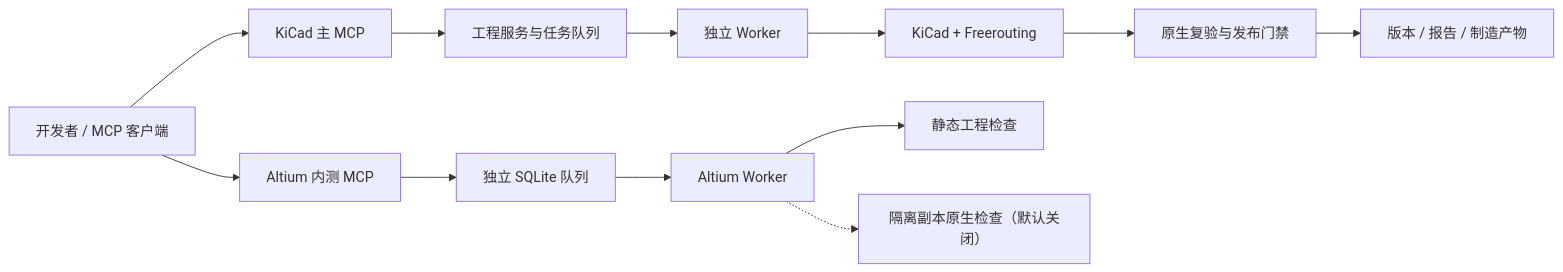
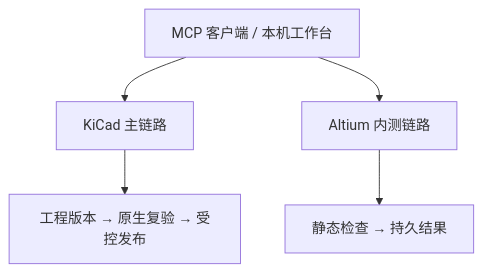
The diagram in README.md (chenzehaoo/pcb-weaver), drawn with Mermaid before and after one commit. The commit also changed other lines of this file and 1 other file, not shown here.

Commit message:
docs: streamline README and architecture layout

````diff
--- a/README.md
+++ b/README.md
@@ -16,14 +17,8 @@
 ```mermaid
-flowchart LR
-    Client["开发者 / MCP 客户端"] --> KMCP["KiCad 主 MCP"]
-    Client --> AMCP["Altium 内测 MCP"]
-    KMCP --> KService["工程服务与任务队列"]
-    KService --> KWorker["独立 Worker"]
-    KWorker --> Tools["KiCad + Freerouting"]
-    Tools --> Gate["原生复验与发布门禁"]
-    Gate --> Outputs["版本 / 报告 / 制造产物"]
-    AMCP --> AQueue["独立 SQLite 队列"]
-    AQueue --> AWorker["Altium Worker"]
-    AWorker --> Static["静态工程检查"]
-    AWorker -.-> Native["隔离副本原生检查（默认关闭）"]
+flowchart TB
+    Client["MCP 客户端 / 本机工作台"]
+    Client --> KiCad["KiCad 主链路"]
+    Client --> Altium["Altium 内测链路"]
+    KiCad --> KResult["工程版本 → 原生复验 → 受控发布"]
+    Altium --> AResult["静态检查 → 持久结果"]
 ```
````
